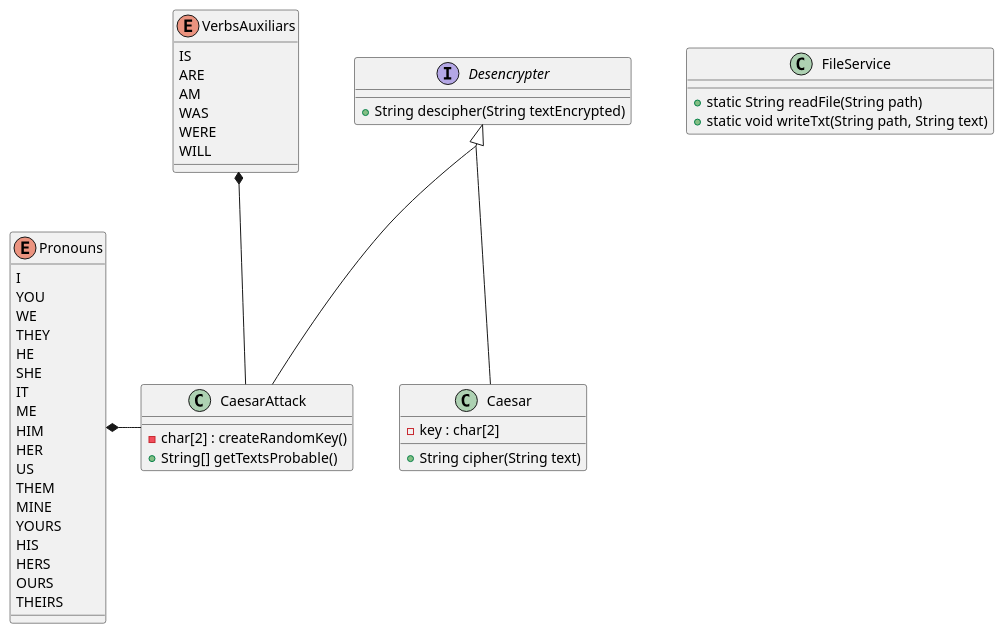
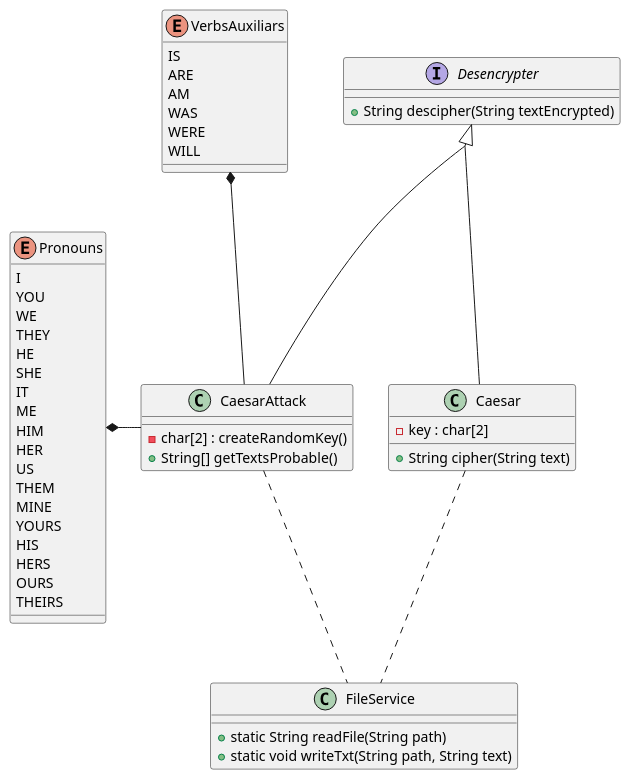
Before and after one commit to Iyaka666/ultimoIntentoCifradoCesar: the diagram in src/UML/cesarUML.puml, drawn with PlantUML.

```diff
--- a/src/UML/cesarUML.puml
+++ b/src/UML/cesarUML.puml
@@ -1,89 +1,89 @@
 @startuml cesar
 skinparam groupInheritance 2
 ' El constructor recibe 
 '   - Una llave que son dos carácteres en un array estático
 ' Cuenta con un método propio que debe
 '   - Realizar el proceso del cifrador César para los carácteres 
 '     dentro del texto este se va a cifrar con la llave determinada por un usuario,
 ' - Para obtener el texto es necesario llamar al método de clase readFile
 ' - El texto puede contener carácteres especiales por lo que deben de quedar como tal,
 '   es decir sí se encuentra un carácter especial no hacerle ninguna transformación.
 ' - Para una mayor simplicidad el texto será tratado en minúsculas
 ' - Ademas la clase cuenta con la interfaz de una implementacion de desencriptar  
 class Caesar{
   -key : char[2]
   +String cipher(String text)
 }
 
 ' El constructor recibe
 '   - El texto encriptado para su posible desencriptación
 ' Cuenta con dos métodos propios que deben hacer
 '   - El método createRandomKey tiene la labor de crear una llave de forma aleatoria
 '     que será usada en el siguiente método muchas veces
 '   - El método getTextsProbable usa diferentes llaves para intentar desencriptar el texto pasado, 
 '     pero este usará dos de sus enumeraciones para establecer que el texto es cohérente en el idioma
 '     dado en este caso especifico inglés
 class CaesarAttack{
   -char[2] : createRandomKey()
   +String[] getTextsProbable()
 }
 
 ' La interfaz debe ser implemetada en los Caesar
 ' Tiene un método que debe decifrar a partir de los párametros que son
 '   - un texto encriptado 
 '   - una llave para poder tener idea de como desencriptar 
 interface Desencrypter{
   +String descipher(String textEncrypted)
 }
 
 ' Una clase que se encarga de las operaciones sobre archivos, en este caso sólo escritura y lectura
 class FileService {
   + static String readFile(String path)
   + static void writeTxt(String path, String text)
 }
 
 ' Una enumeración de tres de los siete tipos de pronombres del inglés
 enum Pronouns{
   'Personals
   I
   YOU
   WE
   THEY
   HE
   SHE
   IT
   'Object
   ME
   HIM
   HER
   US
   THEM
   'Posessive
   MINE
   YOURS
   HIS
   HERS
   OURS
   THEIRS
 }
 
 ' Una enumeración con los verbos auxiliares del presente, pasado y futuro usados en inglés
 enum VerbsAuxiliars{
   IS
   ARE
   AM
   WAS
   WERE
   WILL
 }
 
 Desencrypter <|-- Caesar
 Desencrypter <|-- CaesarAttack
 
-' Caesar -down-* FileService
-' CaesarAttack -down-* FileService
+Caesar .down. FileService
+CaesarAttack .down. FileService
 
 ' Pronouns *-down- CaesarAttack
 CaesarAttack -left-* Pronouns
 VerbsAuxiliars *-down- CaesarAttack
 @enduml
```
